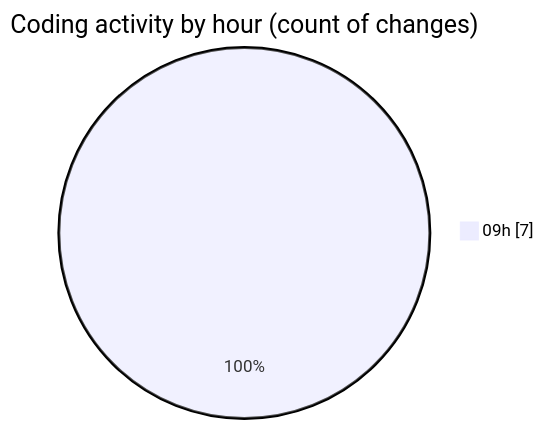
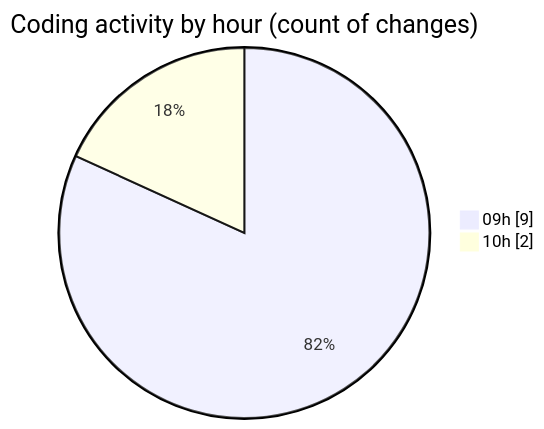
Before and after one commit to BS-eng2023/code-tracking: the second of 2 diagrams in 2025-05-08/react/README.md, drawn with Mermaid. The commit also changed other lines of this file and 1 other file, not shown here.

````diff
--- a/2025-05-08/react/README.md
+++ b/2025-05-08/react/README.md
@@ -31,5 +33,6 @@
 ```mermaid
 pie showData
 title Coding activity by hour (count of changes)
-"09h" : 7
+"09h" : 9
+"10h" : 2
 ```
````
